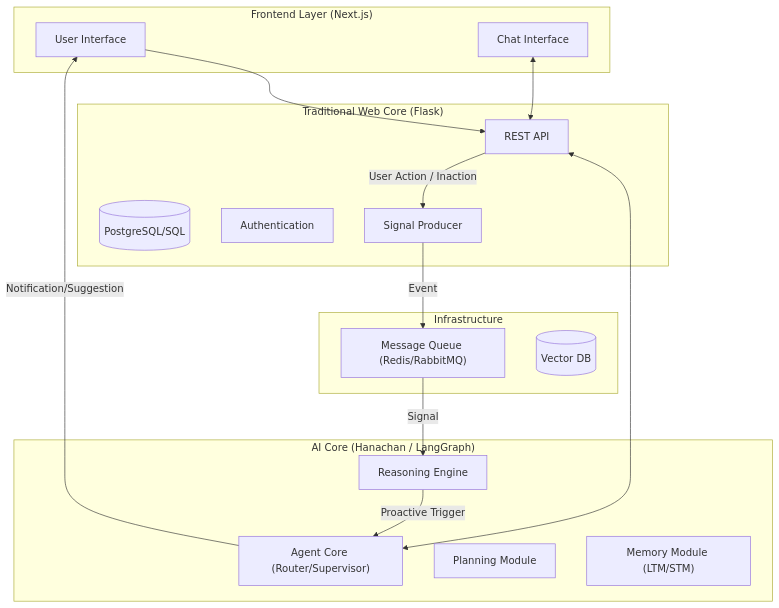
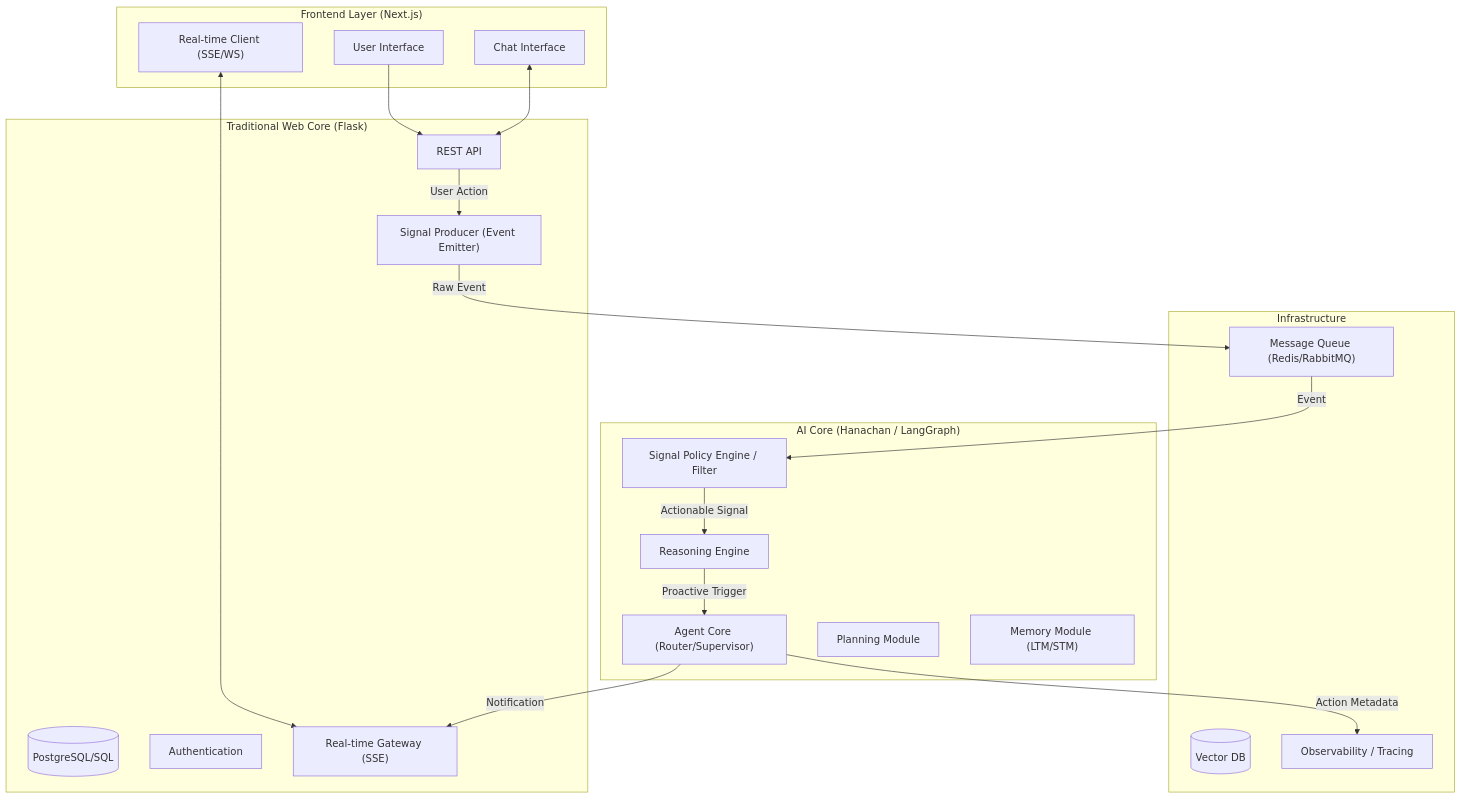
Before and after one commit to anhtranguyen-github/i-wanna-be-yours: the diagram in INTEGRATION_DRAFT.md, drawn with Mermaid. The commit also changed other lines of this file and 13 other files, not shown here.

````diff
--- a/INTEGRATION_DRAFT.md
+++ b/INTEGRATION_DRAFT.md
@@ -10,37 +10,44 @@
 ```mermaid
 graph TD
     subgraph "Frontend Layer (Next.js)"
         UI[User Interface]
         Chat[Chat Interface]
+        RT_Client["Real-time Client (SSE/WS)"]
     end
 
     subgraph "Traditional Web Core (Flask)"
         API[REST API]
         DB[(PostgreSQL/SQL)]
         Auth[Authentication]
-        SignalProducer[Signal Producer]
+        SignalProducer["Signal Producer (Event Emitter)"]
+        RT_Gateway["Real-time Gateway (SSE)"]
     end
 
     subgraph "AI Core (Hanachan / LangGraph)"
+        Filter[Signal Policy Engine / Filter]
         Agent["Agent Core (Router/Supervisor)"]
         Plan[Planning Module]
         Mem["Memory Module (LTM/STM)"]
         Reason[Reasoning Engine]
     end
 
     subgraph "Infrastructure"
         Queue["Message Queue (Redis/RabbitMQ)"]
         VectorDB[(Vector DB)]
+        Obs[Observability / Tracing]
     end
 
     UI --> API
     Chat <--> API
-    API <--> Agent
-    
-    %% The Signal Loop
-    API -- "User Action / Inaction" --> SignalProducer
-    SignalProducer -- "Event" --> Queue
-    Queue -- "Signal" --> Reason
+    RT_Client <--> RT_Gateway
+
+    API -- "User Action" --> SignalProducer
+    SignalProducer -- "Raw Event" --> Queue
+    Queue -- "Event" --> Filter
+    Filter -- "Actionable Signal" --> Reason
     Reason -- "Proactive Trigger" --> Agent
-    Agent -- "Notification/Suggestion" --> UI
+    Agent -- "Notification" --> RT_Gateway
+
+    Agent -- "Action Metadata" --> Obs
+
 ```
````
